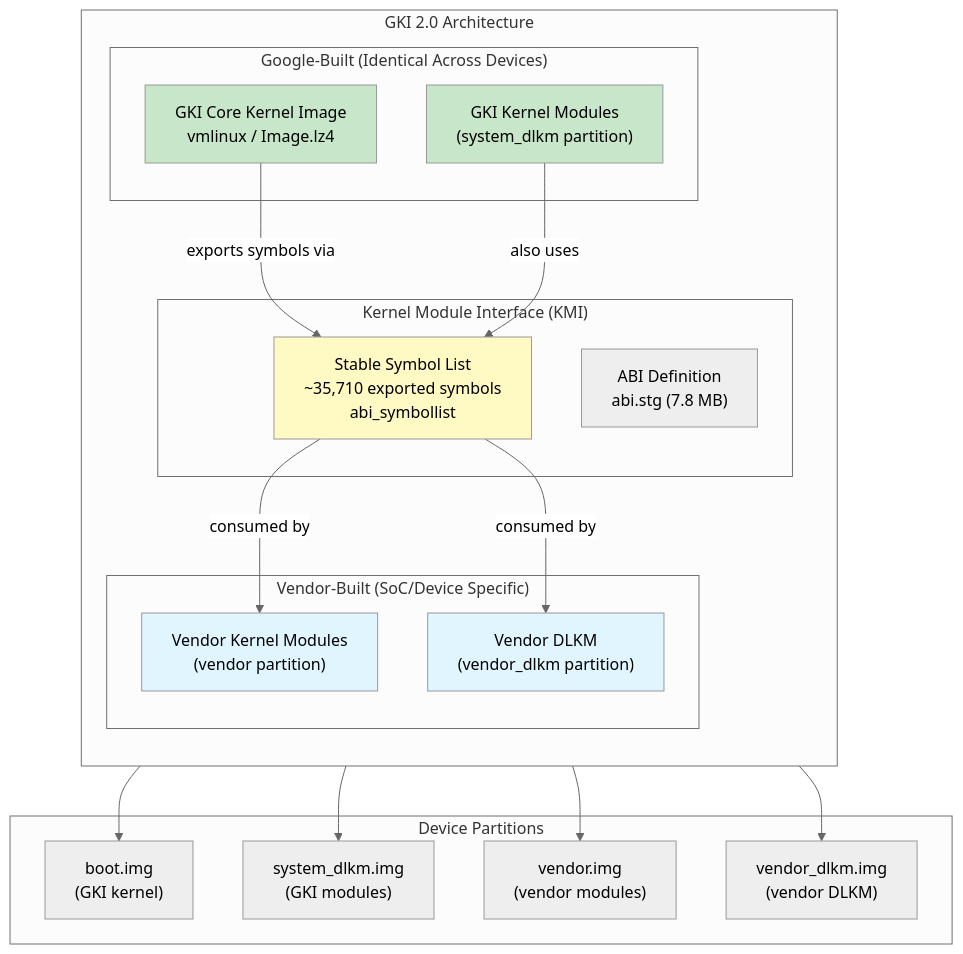
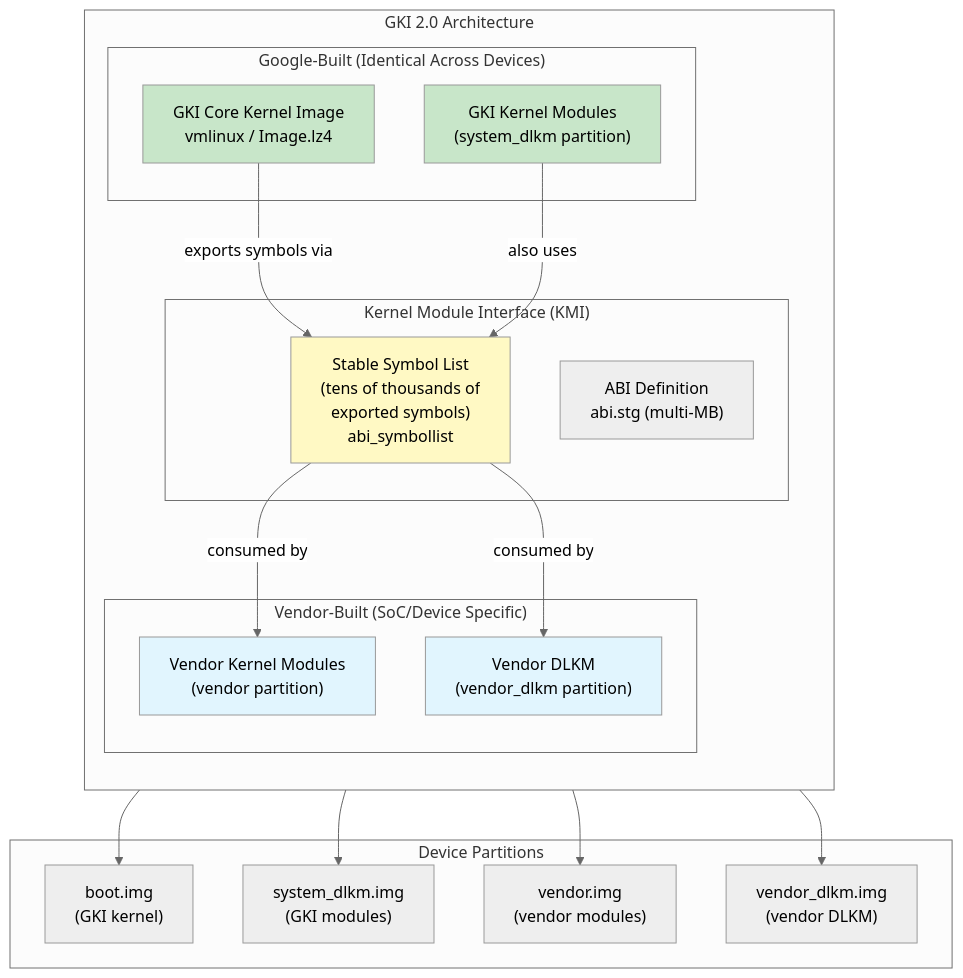
Before and after one commit to aospbooks/aosp-internal-book: the third of 23 diagrams in agents/claude/skills/aosp-kernel-and-boot/05-kernel.md, drawn with Mermaid (neutral theme). The commit also changed other lines of this file and 232 other files, not shown here.

````diff
--- a/agents/claude/skills/aosp-kernel-and-boot/05-kernel.md
+++ b/agents/claude/skills/aosp-kernel-and-boot/05-kernel.md
@@ -219,44 +225,44 @@
 ```mermaid
 graph TB
     subgraph "GKI 2.0 Architecture"
         direction TB
 
         subgraph "Google-Built (Identical Across Devices)"
             GKI["GKI Core Kernel Image<br/>vmlinux / Image.lz4"]
             GKIM["GKI Kernel Modules<br/>(system_dlkm partition)"]
         end
 
         subgraph "Kernel Module Interface (KMI)"
-            KMI["Stable Symbol List<br/>~35,710 exported symbols<br/>abi_symbollist"]
-            ABI["ABI Definition<br/>abi.stg (7.8 MB)"]
+            KMI["Stable Symbol List<br/>(tens of thousands of<br/>exported symbols)<br/>abi_symbollist"]
+            ABI["ABI Definition<br/>abi.stg (multi-MB)"]
         end
 
         subgraph "Vendor-Built (SoC/Device Specific)"
             VM["Vendor Kernel Modules<br/>(vendor partition)"]
             VD["Vendor DLKM<br/>(vendor_dlkm partition)"]
         end
 
         GKI -->|"exports symbols via"| KMI
         KMI -->|"consumed by"| VM
         KMI -->|"consumed by"| VD
         GKIM -->|"also uses"| KMI
     end
 
     subgraph "Device Partitions"
         BP["boot.img<br/>(GKI kernel)"]
         SD["system_dlkm.img<br/>(GKI modules)"]
         VP["vendor.img<br/>(vendor modules)"]
         VDP["vendor_dlkm.img<br/>(vendor DLKM)"]
     end
 
     GKI --> BP
     GKIM --> SD
     VM --> VP
     VD --> VDP
 
     style GKI fill:#c8e6c9
     style GKIM fill:#c8e6c9
     style KMI fill:#fff9c4
     style VM fill:#e1f5fe
     style VD fill:#e1f5fe
 ```
````
